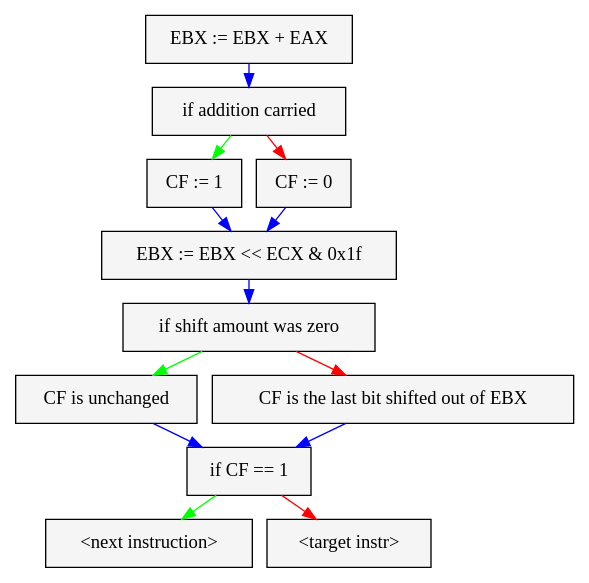
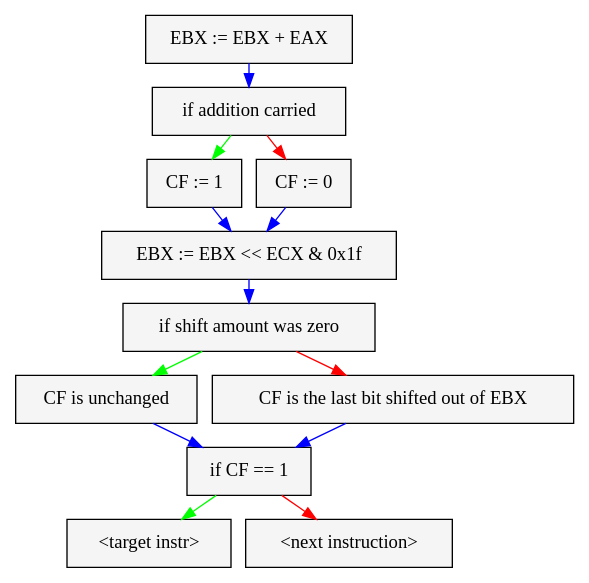
One commit to 0day1day/bap changed the diagram in doc/fig/add-shl.dot. Above: the diagram before and after it, drawn with Graphviz. The commit also changed 1 other file, not shown here.

Commit message:
Fix doc figure

```diff
--- a/doc/fig/add-shl.dot
+++ b/doc/fig/add-shl.dot
@@ -1,31 +1,31 @@
 digraph shladd {
   node [shape=box, style=filled, fillcolor="#F5F5F5"];
   edge [color="#0000FF"];
 labelfontsize=12;
 margin=0;
 nodesep=.15;
 ranksep=.25;
  1 -> 2;
  2 -> 3 [color="#00ff00"];
  3 -> 5;
  2 -> 4 [color="#ff0000"];
  4 -> 5;
  5 -> 6;
  6 -> 7 [color="#00ff00"];
  6 -> 8 [color="#ff0000"];
  7 -> 9;
  8 -> 9;
- 9 -> 10 [color="#00ff00"];
- 9 -> 11 [color="#ff0000"];
+ 9 -> 11 [color="#00ff00"];
+ 9 -> 10 [color="#ff0000"];
  1 [label="EBX := EBX + EAX"];
  2 [label="if addition carried"];
  3 [label="CF := 1"];
  4 [label="CF := 0"];
  5 [label="EBX := EBX << ECX & 0x1f"];
  6 [label="if shift amount was zero"];
  7 [label="CF is unchanged"]; 
  8 [label="CF is the last bit shifted out of EBX"];
  9 [label="if CF == 1"];
+ 11 [label="<target instr>"];
  10 [label="<next instruction>"];
- 11 [label="<target instr>"];
 }
```
